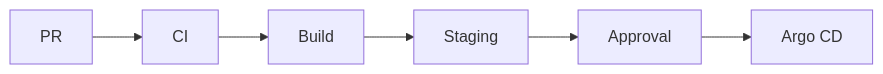
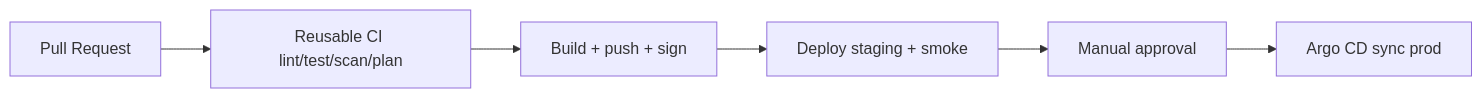
The diagram in README.md (navin-kumar10/reusable-cicd-gitops-platform), drawn with Mermaid before and after one commit. The commit also changed other lines of this file, not shown here.

Commit message:
docs: expand README to end-to-end realtime setup - clone, local run, auth, vars, plan/apply, deploy, verify, CI/CD, ops, teardown, troubleshooting

````diff
--- a/README.md
+++ b/README.md
@@ -11,4 +21,8 @@
 ```mermaid
 flowchart LR
-  PR --> CI --> Build --> Staging --> Approval --> Prod[Argo CD]
+  PR[Pull Request] --> CI[Reusable CI lint/test/scan/plan]
+  CI --> Build[Build + push + sign]
+  Build --> Staging[Deploy staging + smoke]
+  Staging --> Approval[Manual approval]
+  Approval --> Prod[Argo CD sync prod]
 ```
````
